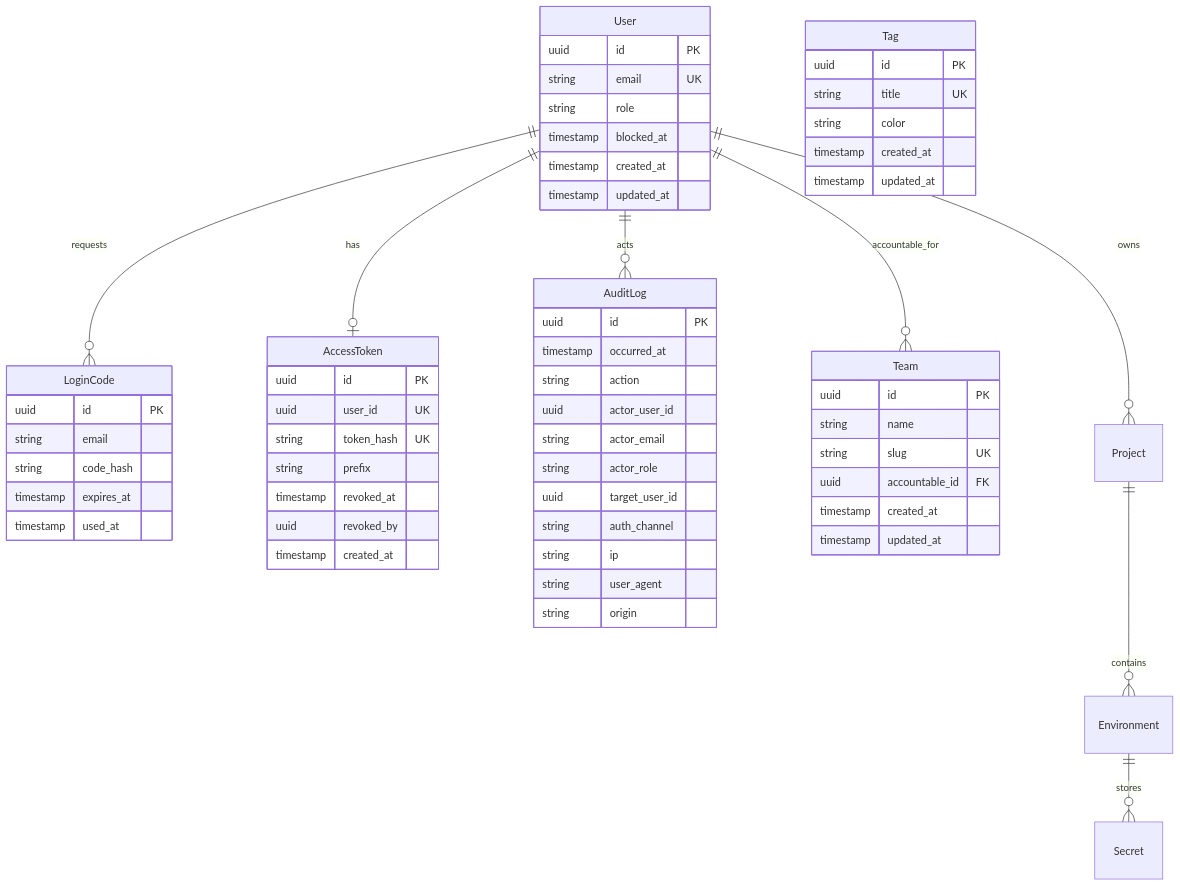
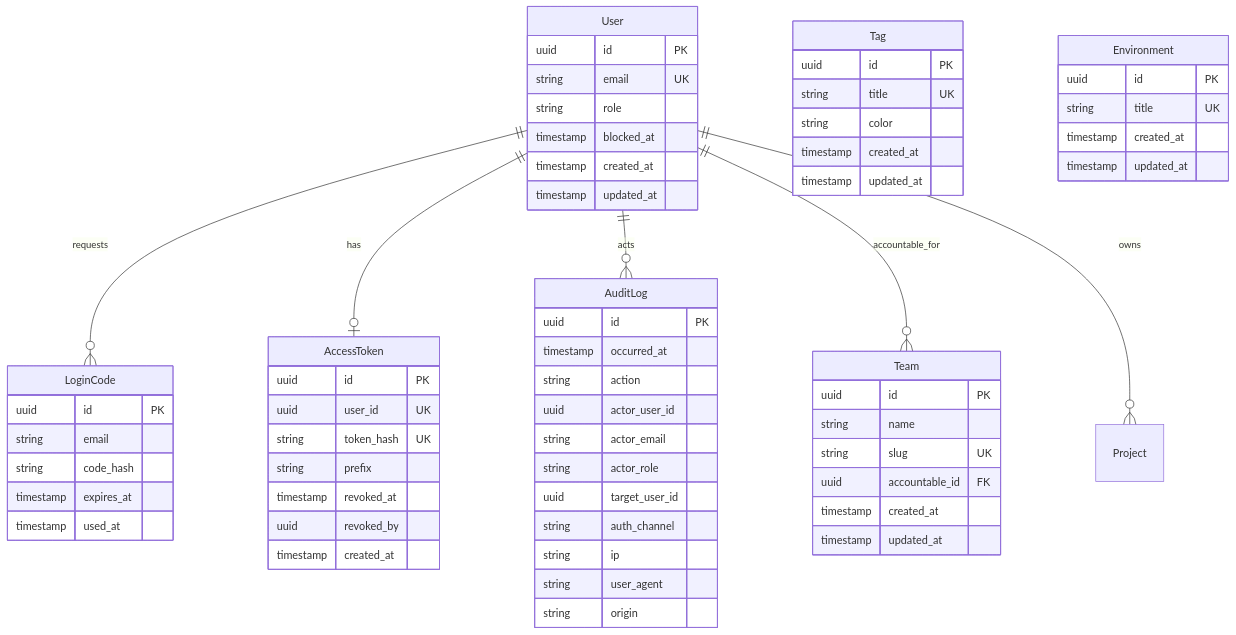
One commit to vmarinho22/envm-vault changed the second of 2 diagrams in docs/architecture.md. Above: the diagram before and after it, drawn with Mermaid. The commit also changed other lines of this file and 38 other files, not shown here.

````diff
--- a/docs/architecture.md
+++ b/docs/architecture.md
@@ -130,67 +134,71 @@
 ```mermaid
 erDiagram
   User ||--o{ LoginCode : requests
   User ||--o| AccessToken : has
   User ||--o{ AuditLog : acts
   User ||--o{ Team : accountable_for
   User ||--o{ Project : owns
-  Project ||--o{ Environment : contains
-  Environment ||--o{ Secret : stores
   Tag {
     uuid id PK
     string title UK
     string color
+    timestamp created_at
+    timestamp updated_at
+  }
+  Environment {
+    uuid id PK
+    string title UK
     timestamp created_at
     timestamp updated_at
   }
 
   User {
     uuid id PK
     string email UK
     string role
     timestamp blocked_at
     timestamp created_at
     timestamp updated_at
   }
 
   Team {
     uuid id PK
     string name
     string slug UK
     uuid accountable_id FK
     timestamp created_at
     timestamp updated_at
   }
 
   LoginCode {
     uuid id PK
     string email
     string code_hash
     timestamp expires_at
     timestamp used_at
   }
 
   AccessToken {
     uuid id PK
     uuid user_id UK
     string token_hash UK
     string prefix
     timestamp revoked_at
     uuid revoked_by
     timestamp created_at
   }
 
   AuditLog {
     uuid id PK
     timestamp occurred_at
     string action
     uuid actor_user_id
     string actor_email
     string actor_role
     uuid target_user_id
     string auth_channel
     string ip
     string user_agent
     string origin
   }
 ```
````
